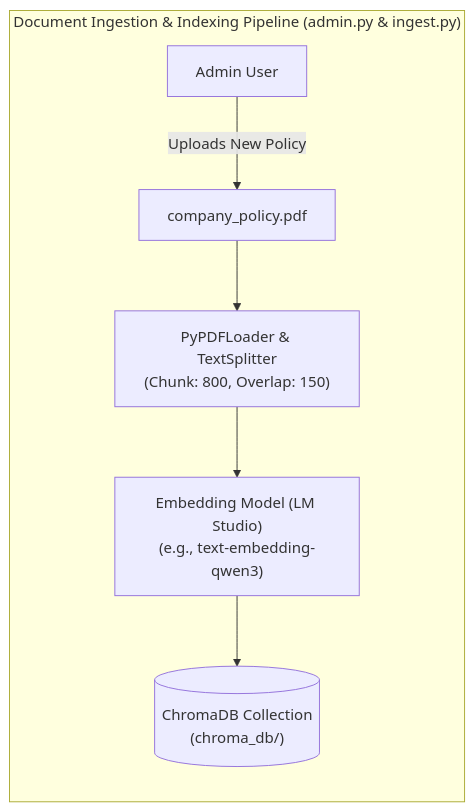
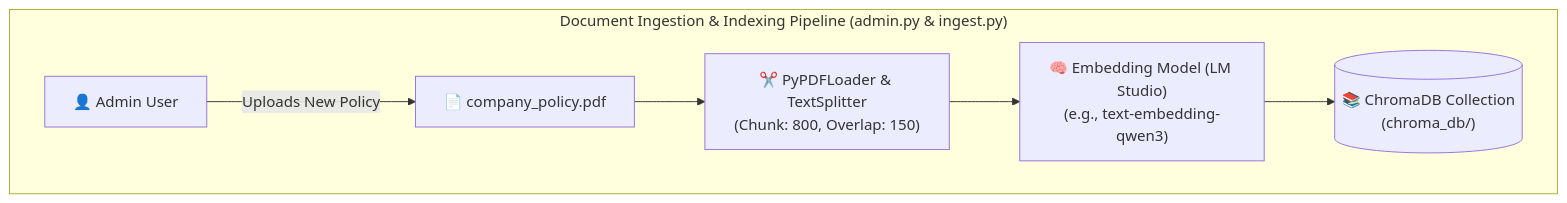
Before and after one commit to varungobinath/HrPolicyBot-Python: the second of 2 diagrams in README.md, drawn with Mermaid. The commit also changed other lines of this file, not shown here.

````diff
--- a/README.md
+++ b/README.md
@@ -50,9 +58,9 @@
 ```mermaid
-flowchart LR
+flowchart TD
     subgraph IngestionPipeline["Document Ingestion & Indexing Pipeline (admin.py & ingest.py)"]
-        Admin["Admin User"] -->|"Uploads New Policy"| PDF["company_policy.pdf"]
-        PDF --> Splitter["PyPDFLoader & TextSplitter<br/>(Chunk: 800, Overlap: 150)"]
-        Splitter --> EmbedModel["Embedding Model (LM Studio)<br/>(e.g., text-embedding-qwen3)"]
-        EmbedModel --> VectorStore[("ChromaDB Collection<br/>(chroma_db/)")]
+        Admin["👤 Admin User"] -->|"Uploads New Policy"| PDF["📄 company_policy.pdf"]
+        PDF --> Splitter["✂️ PyPDFLoader & TextSplitter<br/>(Chunk: 800, Overlap: 150)"]
+        Splitter --> EmbedModel["🧠 Embedding Model (LM Studio)<br/>(e.g., text-embedding-qwen3)"]
+        EmbedModel --> VectorStore[("📚 ChromaDB Collection<br/>(chroma_db/)")]
     end
 ```
````
